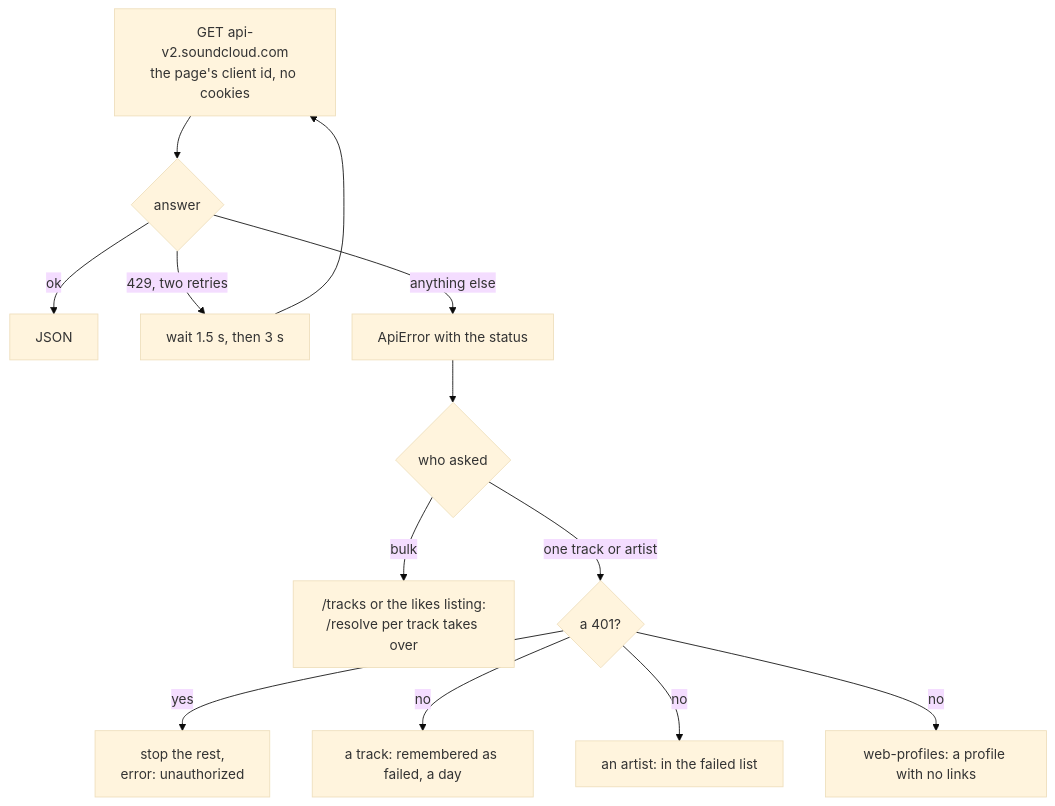
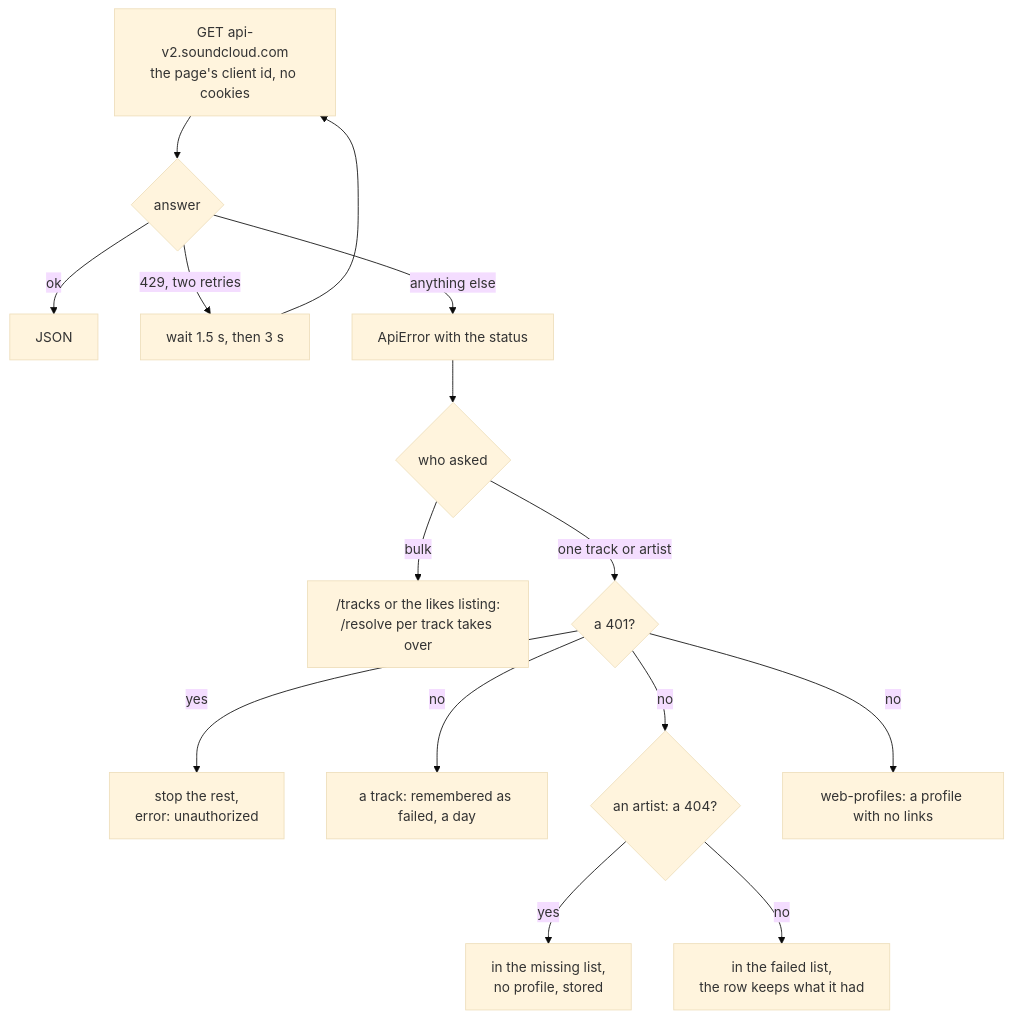
The sixth of 8 diagrams in apps/localtoolbox/docs/diagrams/lookups.md (cutenode/localnetwork), drawn with Mermaid (base theme) before and after one commit. The commit also changed 4 other files, not shown here.

First line of the commit message:
docs(localtoolbox): bring the lookup, queue and downloader diagrams up to date

````diff
--- a/apps/localtoolbox/docs/diagrams/lookups.md
+++ b/apps/localtoolbox/docs/diagrams/lookups.md
@@ -159,28 +159,32 @@
 ```mermaid
 flowchart TD
   Get["GET api-v2.soundcloud.com<br/>the page's client id, no cookies"]
   Status{"answer"}
   Json["JSON"]
   Wait["wait 1.5 s, then 3 s"]
   Error["ApiError with the status"]
   Who{"who asked"}
   Bulk["/tracks or the likes listing:<br/>/resolve per track takes over"]
   Is401{"a 401?"}
   Stop["stop the rest,<br/>error: unauthorized"]
   TrackFail["a track: remembered as failed, a day"]
-  ArtistFail["an artist: in the failed list"]
+  Is404{"an artist: a 404?"}
+  ArtistMissing["in the missing list,<br/>no profile, stored"]
+  ArtistFail["in the failed list,<br/>the row keeps what it had"]
   Links["web-profiles: a profile with no links"]
 
   Get --> Status
   Status -->|ok| Json
   Status -->|"429, two retries"| Wait
   Wait --> Get
   Status -->|"anything else"| Error
   Error --> Who
   Who -->|bulk| Bulk
   Who -->|"one track or artist"| Is401
   Is401 -->|yes| Stop
   Is401 -->|no| TrackFail
-  Is401 -->|no| ArtistFail
+  Is401 -->|no| Is404
+  Is404 -->|yes| ArtistMissing
+  Is404 -->|no| ArtistFail
   Is401 -->|no| Links
 ```
````
